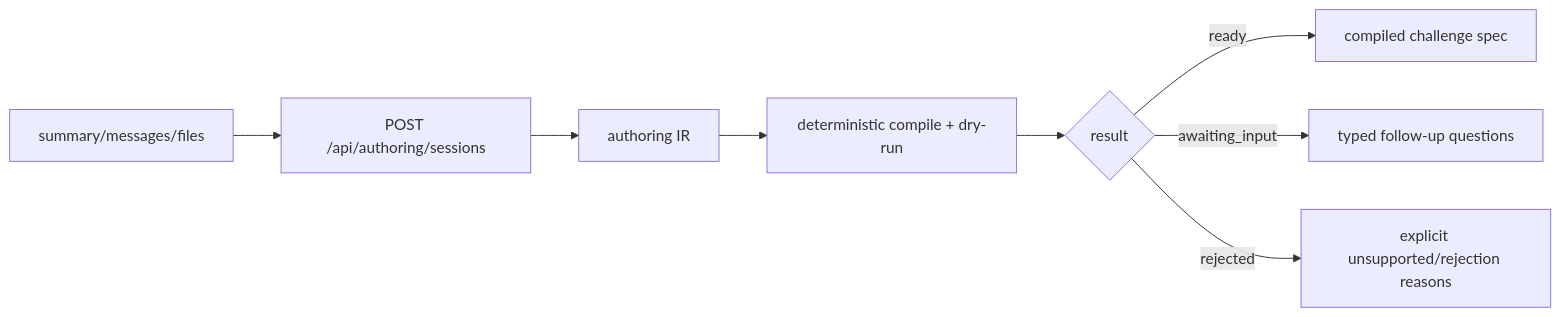
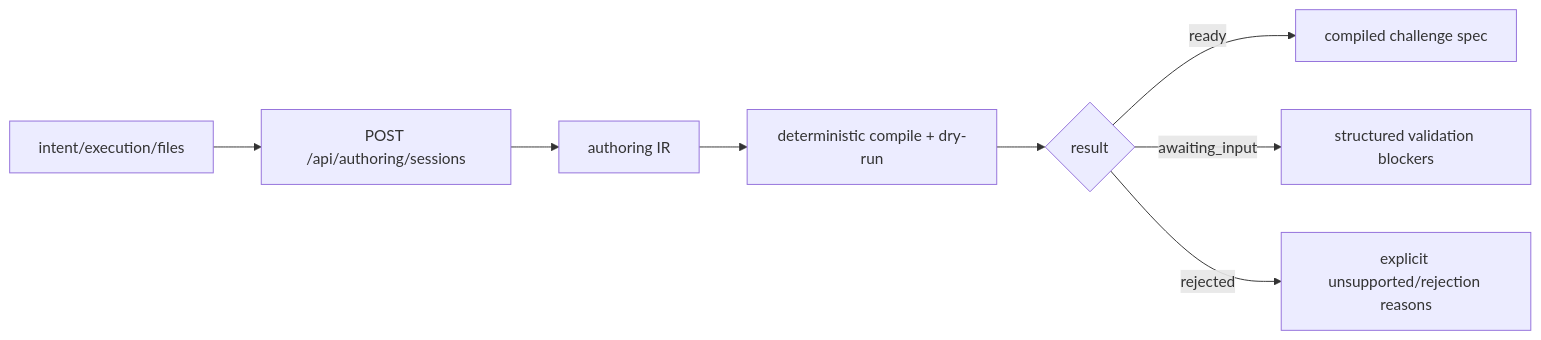
One commit to andymolecule/Hermes changed the diagram in docs/challenge-authoring-ir.md. Above: the diagram before and after it, drawn with Mermaid. The commit also changed other lines of this file and 87 other files, not shown here.

Commit message:
Make authoring sessions deterministic and machine-first

````diff
--- a/docs/challenge-authoring-ir.md
+++ b/docs/challenge-authoring-ir.md
@@ -37,10 +37,10 @@
 ```mermaid
 flowchart LR
-    A["summary/messages/files"] --> B["POST /api/authoring/sessions"]
+    A["intent/execution/files"] --> B["POST /api/authoring/sessions"]
     B --> C["authoring IR"]
     C --> D["deterministic compile + dry-run"]
     D --> E{"result"}
     E -- "ready" --> F["compiled challenge spec"]
-    E -- "awaiting_input" --> G["typed follow-up questions"]
+    E -- "awaiting_input" --> G["structured validation blockers"]
     E -- "rejected" --> H["explicit unsupported/rejection reasons"]
 ```
````
